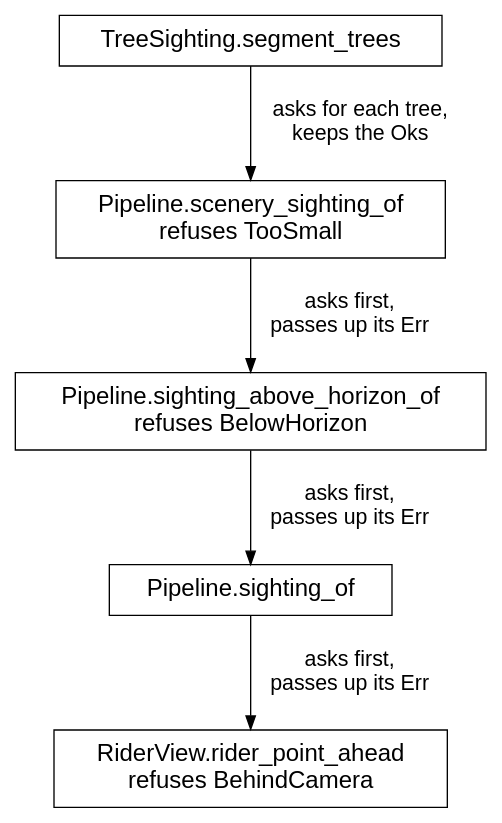
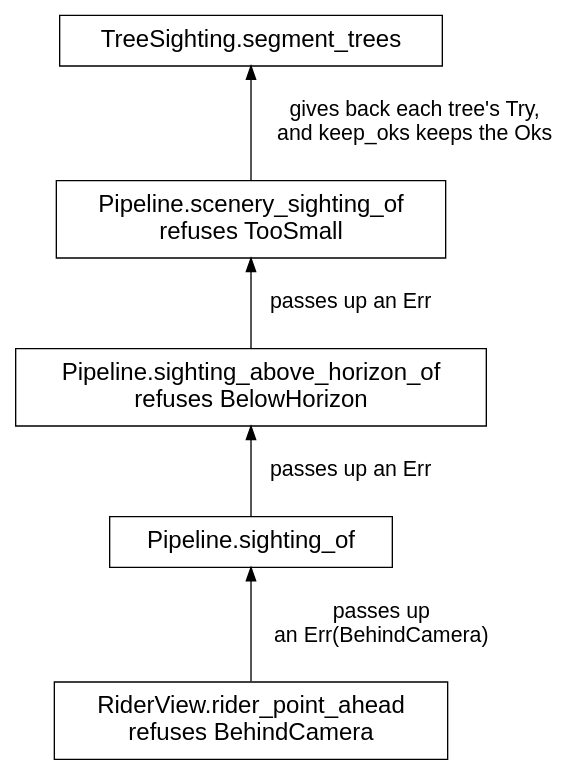
The fourth of 31 diagrams in canvas_apps/safari/tutorial/tutorial.md (showell/roc-apps), drawn with Graphviz before and after one commit. The commit also changed other lines of this file and 1 other file, not shown here.

````diff
--- a/canvas_apps/safari/tutorial/tutorial.md
+++ b/canvas_apps/safari/tutorial/tutorial.md
@@ -674,18 +674,18 @@
 ```dot
 digraph refusal {
   rankdir=TB;
   nodesep=0.6;
   ranksep=0.7;
   node [shape=box, fontname="Helvetica", fontsize=18, margin="0.25,0.12"];
   edge [fontname="Helvetica", fontsize=16];
   segment [label="TreeSighting.segment_trees"];
   scenery [label="Pipeline.scenery_sighting_of\nrefuses TooSmall"];
   horizon [label="Pipeline.sighting_above_horizon_of\nrefuses BelowHorizon"];
   sighting [label="Pipeline.sighting_of"];
   ahead [label="RiderView.rider_point_ahead\nrefuses BehindCamera"];
-  segment -> scenery [label="  asks for each tree,\n  keeps the Oks"];
-  scenery -> horizon [label="  asks first,\n  passes up its Err"];
-  horizon -> sighting [label="  asks first,\n  passes up its Err"];
-  sighting -> ahead [label="  asks first,\n  passes up its Err"];
+  segment -> scenery [dir=back, label="  gives back each tree's Try,\n  and keep_oks keeps the Oks"];
+  scenery -> horizon [dir=back, label="  passes up an Err"];
+  horizon -> sighting [dir=back, label="  passes up an Err"];
+  sighting -> ahead [dir=back, label="  passes up\n  an Err(BehindCamera)"];
 }
 ```
````
